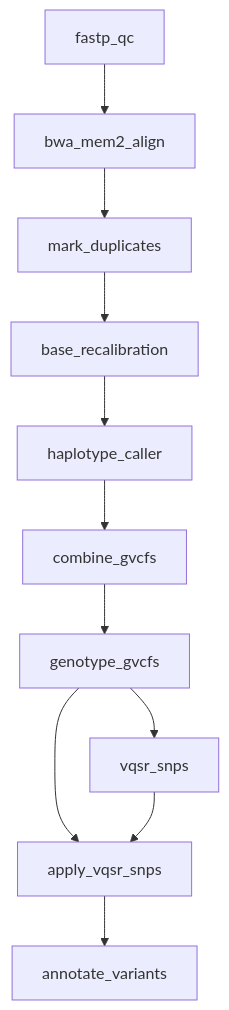
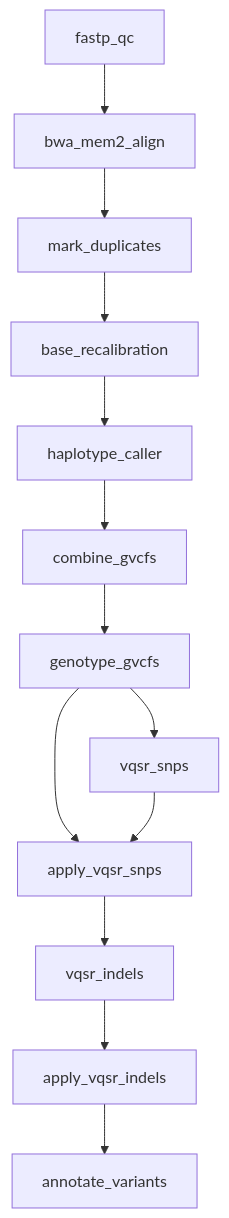
Before and after one commit to Traitome/oxo-flow: the diagram in docs/guide/src/gallery/wgs-germline.md, drawn with Mermaid. The commit also changed other lines of this file and 2 other files, not shown here.

````diff
--- a/docs/guide/src/gallery/wgs-germline.md
+++ b/docs/guide/src/gallery/wgs-germline.md
@@ -15,13 +15,15 @@
 ```mermaid
 graph TD
     A[fastp_qc] --> B[bwa_mem2_align]
     B --> C[mark_duplicates]
     C --> D[base_recalibration]
     D --> E[haplotype_caller]
     E --> F[combine_gvcfs]
     F --> G[genotype_gvcfs]
     G --> H[vqsr_snps]
     G --> I[apply_vqsr_snps]
     H --> I
-    I --> J[annotate_variants]
+    I --> J[vqsr_indels]
+    J --> K[apply_vqsr_indels]
+    K --> L[annotate_variants]
 ```
````
